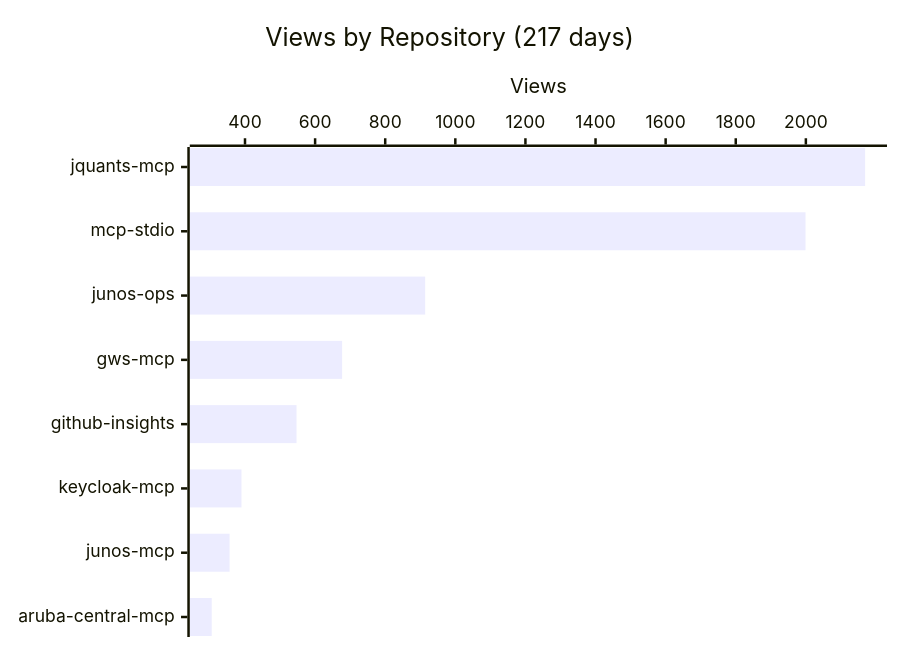
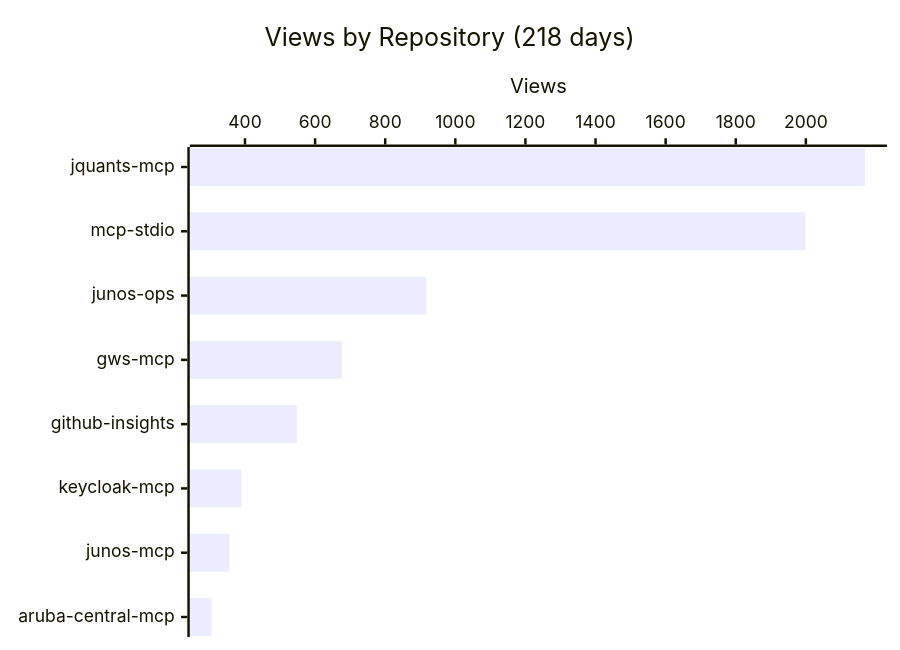
Before and after one commit to shigechika/github-insights: the first of 4 diagrams in README.md, drawn with Mermaid. The commit also changed other lines of this file and 2 other files, not shown here.

````diff
--- a/README.md
+++ b/README.md
@@ -18,7 +18,7 @@
 ```mermaid
 xychart-beta horizontal
-    title "Views by Repository (217 days)"
+    title "Views by Repository (218 days)"
     x-axis ["jquants-mcp", "mcp-stdio", "junos-ops", "gws-mcp", "github-insights", "keycloak-mcp", "junos-mcp", "aruba-central-mcp"]
     y-axis "Views"
-    bar [2169, 1999, 914, 677, 547, 390, 356, 305]
+    bar [2169, 1999, 917, 677, 548, 390, 356, 305]
 ```
````
